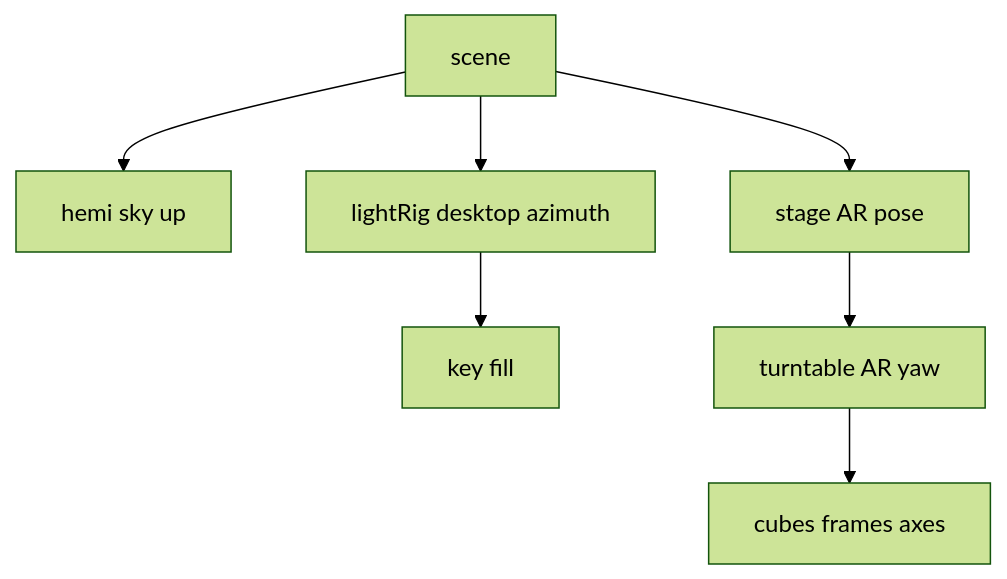
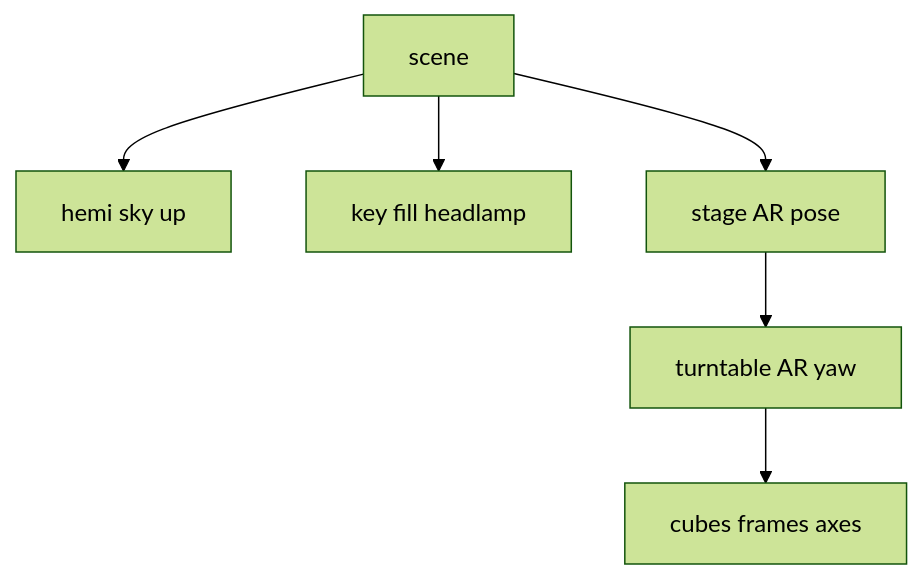
One commit to PiMaV/DONNER changed diagram 16 of 27 in architecture.md. Above: the diagram before and after it, drawn with Mermaid (forest theme). The commit also changed other lines of this file and 10 other files, not shown here.

Commit message:
Make lighting a view-locked headlamp so orbit and AR walk keep the facing side lit without a Light slider.

````diff
--- a/architecture.md
+++ b/architecture.md
@@ -413,16 +414,14 @@
 ```mermaid
 flowchart TB
   scene[scene]
   hemi[hemi sky up]
-  rig[lightRig desktop azimuth]
-  lights[key fill]
+  lights[key fill headlamp]
   stage[stage AR pose]
   turntable[turntable AR yaw]
   vol[cubes frames axes]
   scene --> hemi
-  scene --> rig
-  rig --> lights
+  scene --> lights
   scene --> stage
   stage --> turntable
   turntable --> vol
 ```
````
